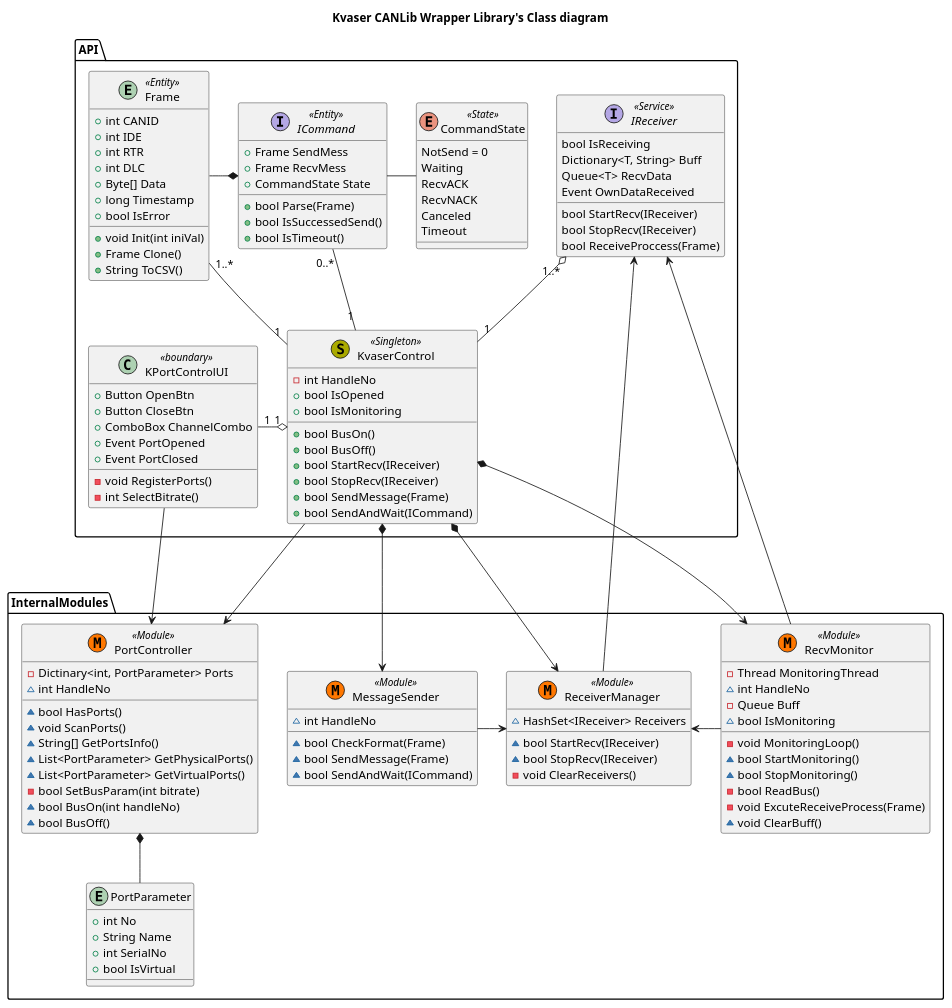
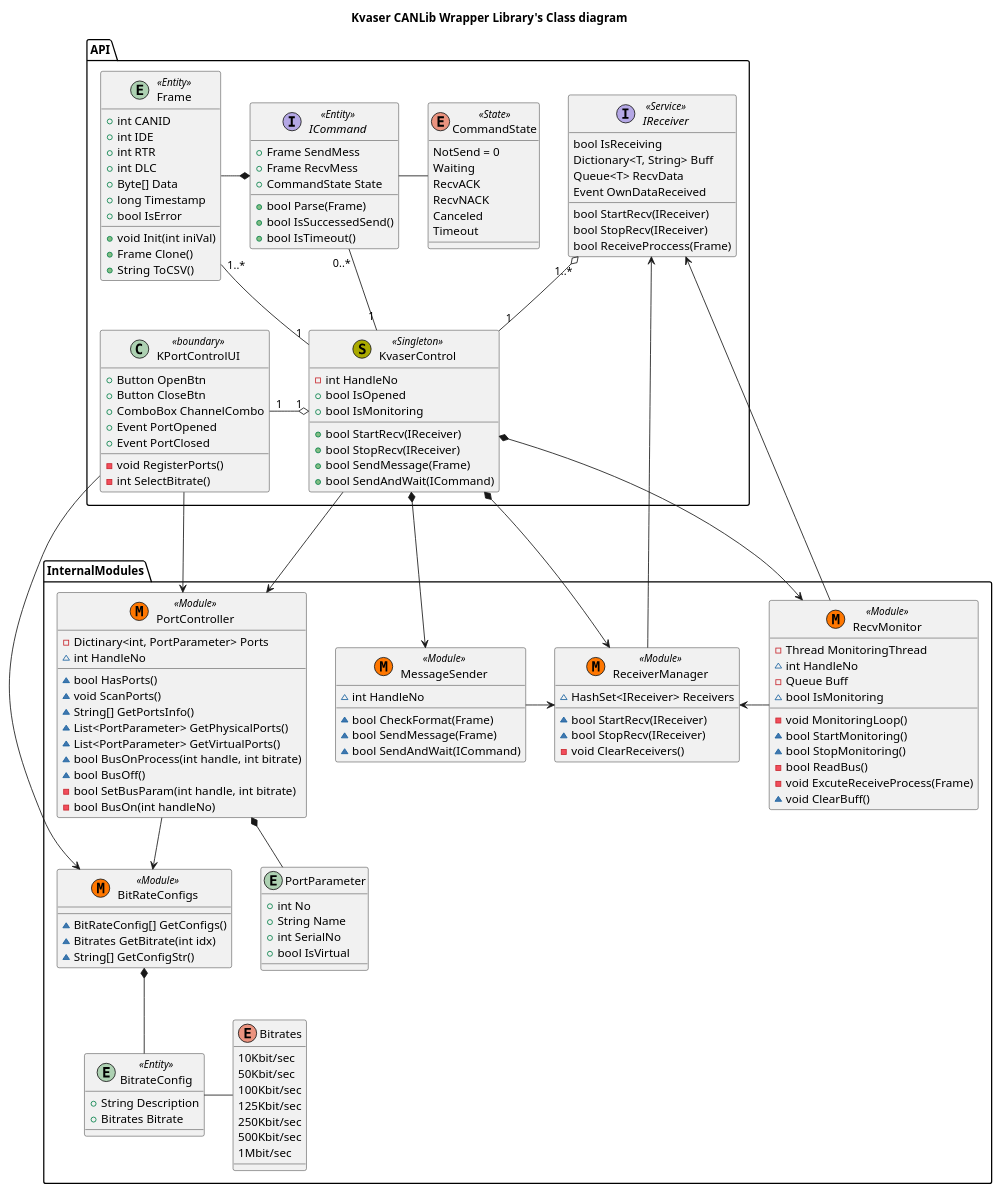
Before and after one commit to hiratashinnya/KvaserCANLib: the diagram in docs/Class.wsd, drawn with PlantUML. The commit also changed 18 other files, not shown here.

```diff
--- a/docs/Class.wsd
+++ b/docs/Class.wsd
@@ -1,147 +1,173 @@
 @startuml
 
 title "Kvaser CANLib Wrapper Library's Class diagram"
 
 package API{
 
     class KPortControlUI<<boundary>>{
         +Button OpenBtn
         +Button CloseBtn
         +ComboBox ChannelCombo
         -void RegisterPorts()
         -int SelectBitrate()
         +Event PortOpened
         +Event PortClosed
     }
 
     class KvaserControl<< (S, #AAAA00) Singleton>>{
         -int HandleNo
         +bool IsOpened
         +bool IsMonitoring
-        +bool BusOn()
-        +bool BusOff()
+        
         +bool StartRecv(IReceiver)
         +bool StopRecv(IReceiver)
         +bool SendMessage(Frame)
         +bool SendAndWait(ICommand)
     }
 
     entity Frame<<Entity>>{
         +int CANID
         +int IDE
         +int RTR
         +int DLC
         +Byte[] Data
         +long Timestamp
         +bool IsError
         +void Init(int iniVal)
         +Frame Clone()
         +String ToCSV()
     }
 
     Interface IReceiver<<Service>>{
         bool IsReceiving
         Dictionary<T, String> Buff
         Queue<T> RecvData
         Event OwnDataReceived
         bool StartRecv(IReceiver)
         bool StopRecv(IReceiver)
         bool ReceiveProccess(Frame)
     }
 
     Interface ICommand<<Entity>>{
         +Frame SendMess
         +Frame RecvMess
         +CommandState State
         +bool Parse(Frame)
         +bool IsSuccessedSend()
         +bool IsTimeout()
     }
 
     Enum CommandState<<State>>{
         NotSend = 0
         Waiting
         RecvACK
         RecvNACK
         Canceled
         Timeout
     }
 
     KPortControlUI "1" -l-o "1" KvaserControl
 
     KvaserControl "1" -l "1..*" Frame
     KvaserControl "1" -u-o "1..*" IReceiver
     KvaserControl "1" -u- "0..*" ICommand
 
     ICommand - CommandState
     ICommand *-l Frame
 }
 
 package InternalModules{
+    class BitRateConfigs<< (M, #FF7700) Module>>{
+        ~BitRateConfig[] GetConfigs()
+        ~Bitrates GetBitrate(int idx)
+        ~String[] GetConfigStr()
+    }
+
+    entity BitrateConfig<<Entity>>{
+        +String Description
+        +Bitrates Bitrate
+    }
+
+    enum Bitrates{
+        10Kbit/sec
+        50Kbit/sec
+        100Kbit/sec
+        125Kbit/sec
+        250Kbit/sec
+        500Kbit/sec
+        1Mbit/sec
+    }
+
     class PortController<< (M, #FF7700) Module>>{
         -{field} Dictinary<int, PortParameter> Ports
         ~int HandleNo
         ~bool HasPorts()
         ~void ScanPorts()
         ~String[] GetPortsInfo()
         ~List<PortParameter> GetPhysicalPorts()
         ~List<PortParameter> GetVirtualPorts()
-        -bool SetBusParam(int bitrate)
-        ~bool BusOn(int handleNo)
+        ~bool BusOnProcess(int handle, int bitrate)
         ~bool BusOff()
+        -bool SetBusParam(int handle, int bitrate)
+        -bool BusOn(int handleNo)
     }
 
     entity PortParameter{
         +int No
         +String Name
         +int SerialNo
         +bool IsVirtual
     }
 
     class RecvMonitor<< (M, #FF7700) Module>>{
         -Thread MonitoringThread
         ~int HandleNo
         -Queue Buff
         ~bool IsMonitoring
         -void MonitoringLoop()
         ~bool StartMonitoring()
         ~bool StopMonitoring()
         -bool ReadBus()
         -void ExcuteReceiveProcess(Frame)
         ~void ClearBuff()
     }
 
     class ReceiverManager<< (M, #FF7700) Module>>{
         ~HashSet<IReceiver> Receivers
         ~bool StartRecv(IReceiver)
         ~bool StopRecv(IReceiver)
         -void ClearReceivers()
     }
 
     class MessageSender<< (M, #FF7700) Module>>{
         ~int HandleNo
         ~bool CheckFormat(Frame)
         ~bool SendMessage(Frame)
         ~bool SendAndWait(ICommand)
     }
 
     RecvMonitor -l> ReceiverManager
     MessageSender -> ReceiverManager
     
     PortController *-- PortParameter
+    PortController --> BitRateConfigs
+
+    BitRateConfigs *-- BitrateConfig
+    BitrateConfig - Bitrates
 }
 
 
 KPortControlUI ---> PortController
+KPortControlUI ----> BitRateConfigs
 
 KvaserControl ---> PortController
 KvaserControl *---> RecvMonitor
 KvaserControl *---> ReceiverManager
 KvaserControl *---> MessageSender
 
 IReceiver <-- ReceiverManager
 IReceiver <-- RecvMonitor
 
 
 
 @enduml
```
